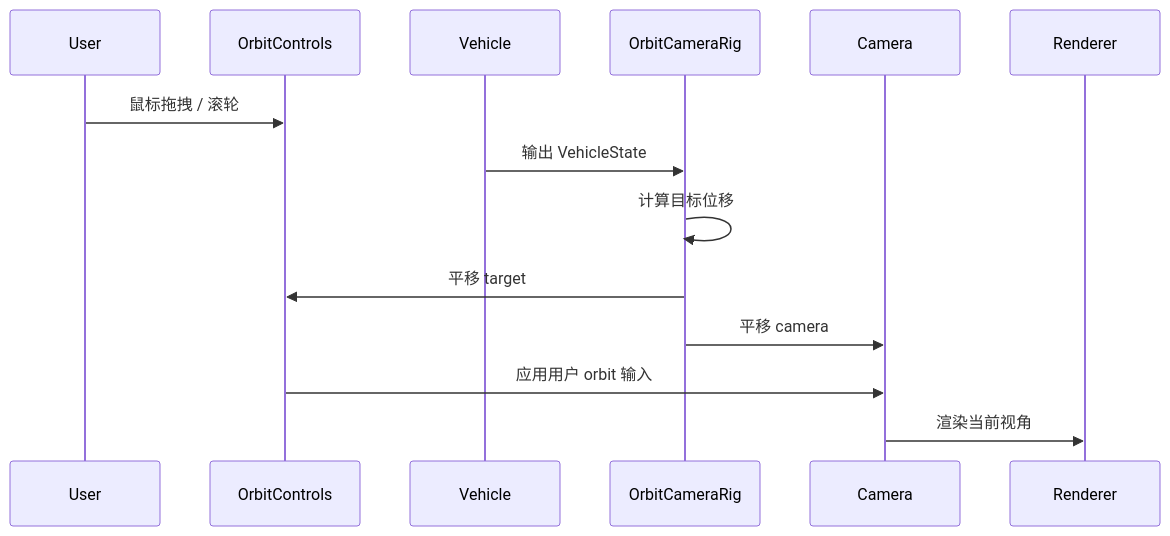
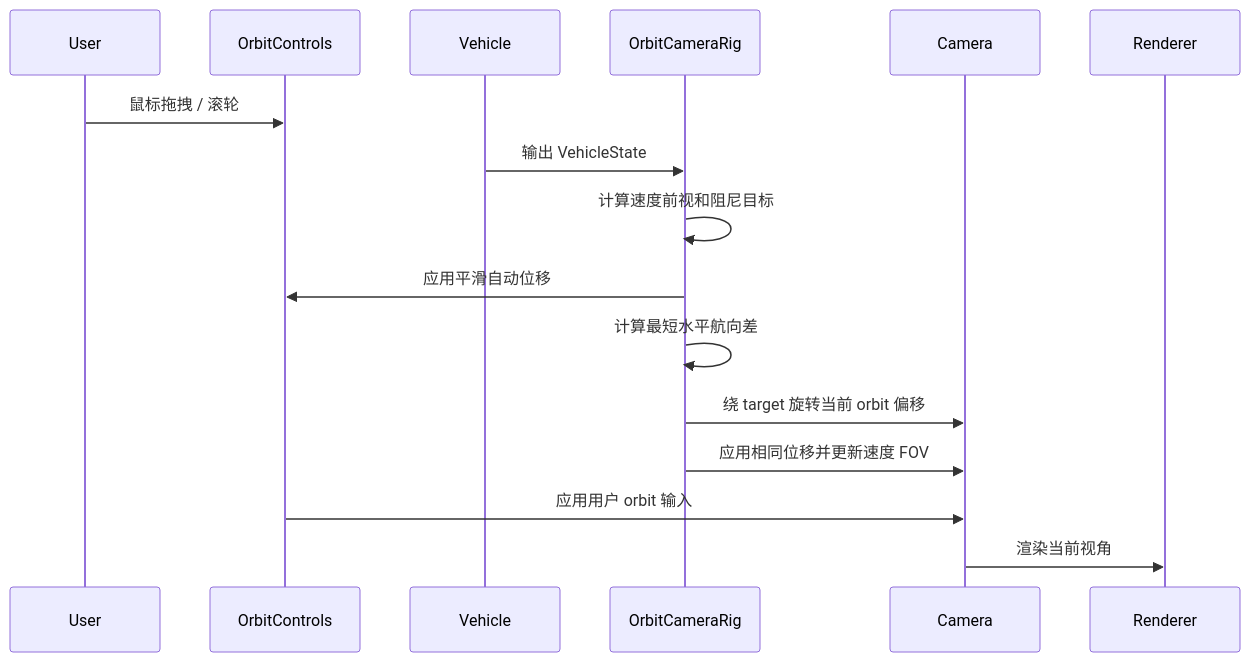
The second of 2 diagrams in docs/architecture/camera-system/README.md (64n-goxutech/shader-roam), drawn with Mermaid before and after one commit. The commit also changed other lines of this file and 14 other files, not shown here.

````diff
--- a/docs/architecture/camera-system/README.md
+++ b/docs/architecture/camera-system/README.md
@@ -46,17 +59,19 @@
 ```mermaid
 sequenceDiagram
     participant User
     participant Controls as OrbitControls
     participant Vehicle
     participant Rig as OrbitCameraRig
     participant Camera
     participant Renderer
 
     User->>Controls: 鼠标拖拽 / 滚轮
     Vehicle->>Rig: 输出 VehicleState
-    Rig->>Rig: 计算目标位移
-    Rig->>Controls: 平移 target
-    Rig->>Camera: 平移 camera
+    Rig->>Rig: 计算速度前视和阻尼目标
+    Rig->>Controls: 应用平滑自动位移
+    Rig->>Rig: 计算最短水平航向差
+    Rig->>Camera: 绕 target 旋转当前 orbit 偏移
+    Rig->>Camera: 应用相同位移并更新速度 FOV
     Controls->>Camera: 应用用户 orbit 输入
     Camera->>Renderer: 渲染当前视角
 ```
````
